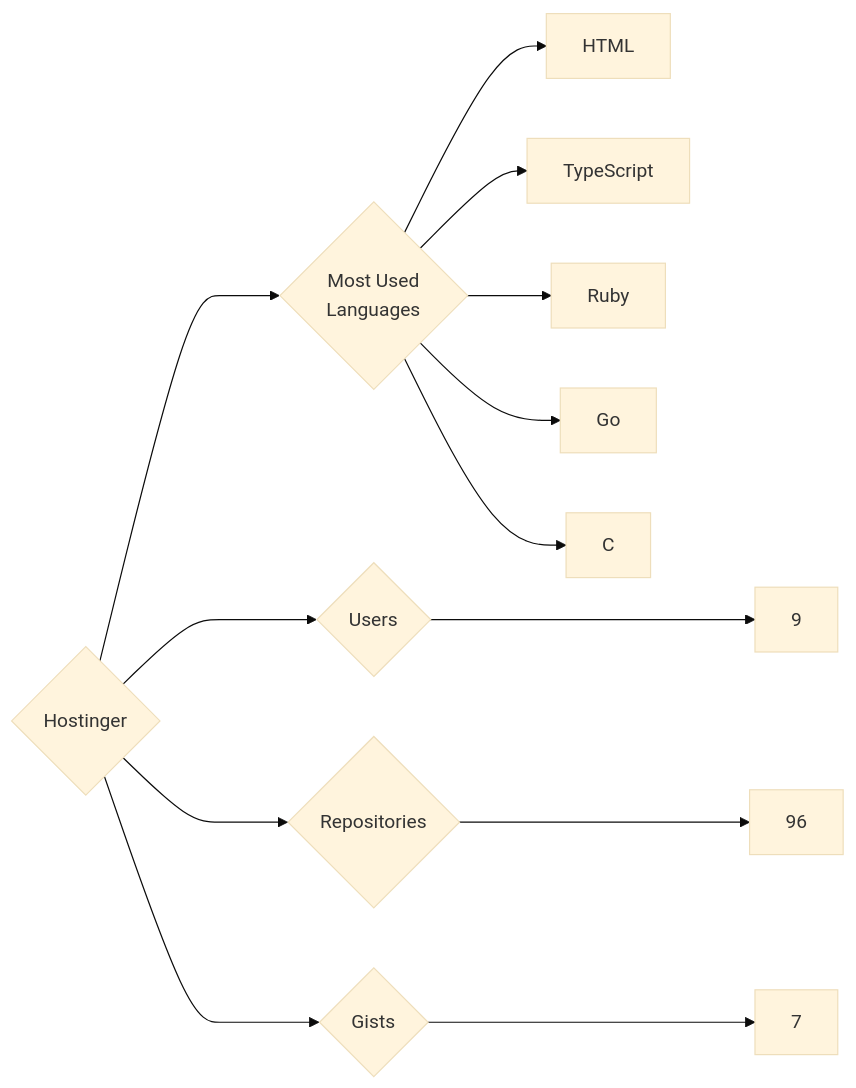
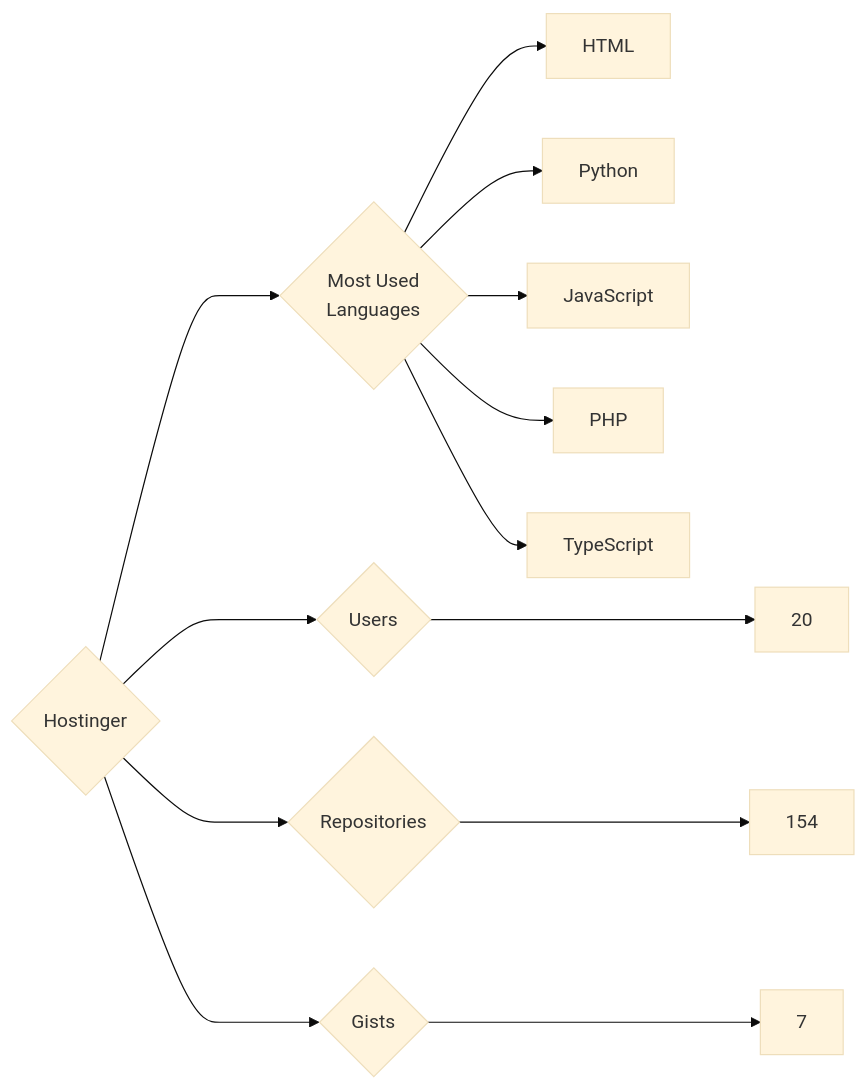
Before and after one commit to trickest/insiders: the diagram in targets/Hostinger/README.md, drawn with Mermaid (base theme). The commit also changed 644 other files, not shown here.

````diff
--- a/targets/Hostinger/README.md
+++ b/targets/Hostinger/README.md
@@ -3,13 +3,13 @@
 ```mermaid
 graph LR
 COMPANY_NAME{Hostinger}
-COMPANY_NAME ---> U{Users} ---> UN[9]
-COMPANY_NAME ---> R{Repositories} ---> RN[96]
+COMPANY_NAME ---> U{Users} ---> UN[20]
+COMPANY_NAME ---> R{Repositories} ---> RN[154]
 COMPANY_NAME ---> G{Gists} ---> GN[7]
 COMPANY_NAME ---> ML{Most Used<br>Languages}
 ML --> HTML[HTML]
+ML --> Python[Python]
+ML --> JavaScript[JavaScript]
+ML --> PHP[PHP]
 ML --> TypeScript[TypeScript]
-ML --> Ruby[Ruby]
-ML --> Go[Go]
-ML --> C[C]
 ```
````
